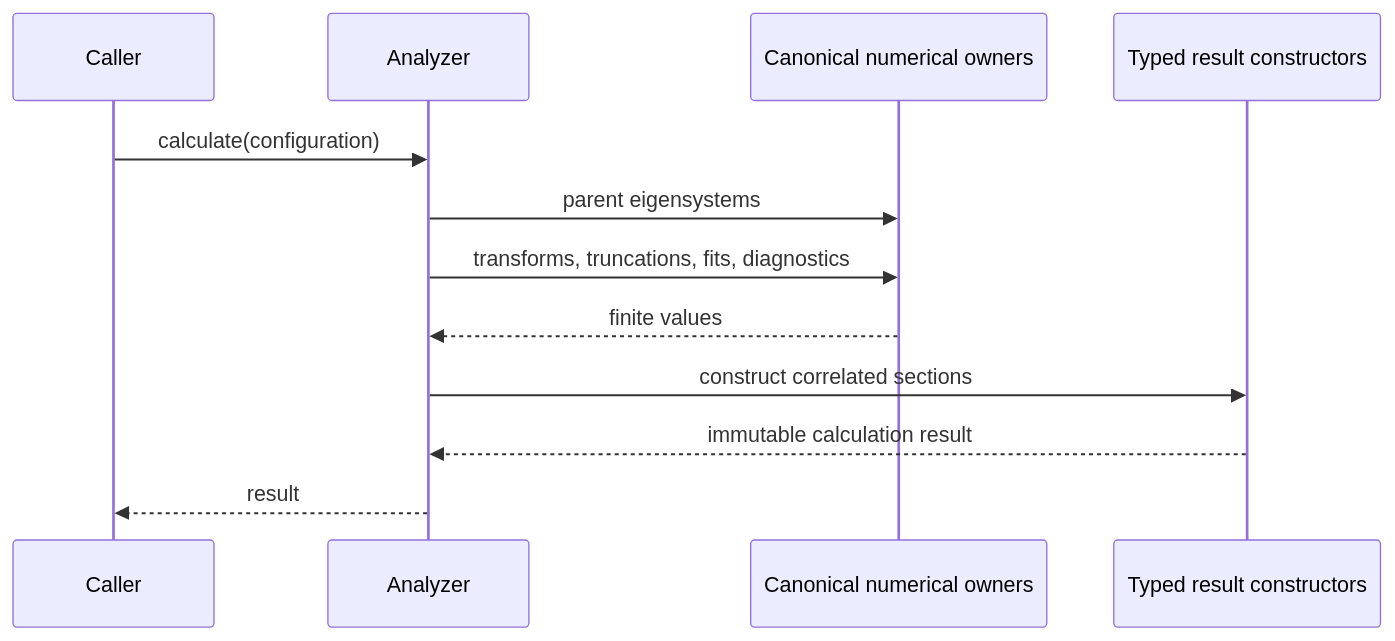
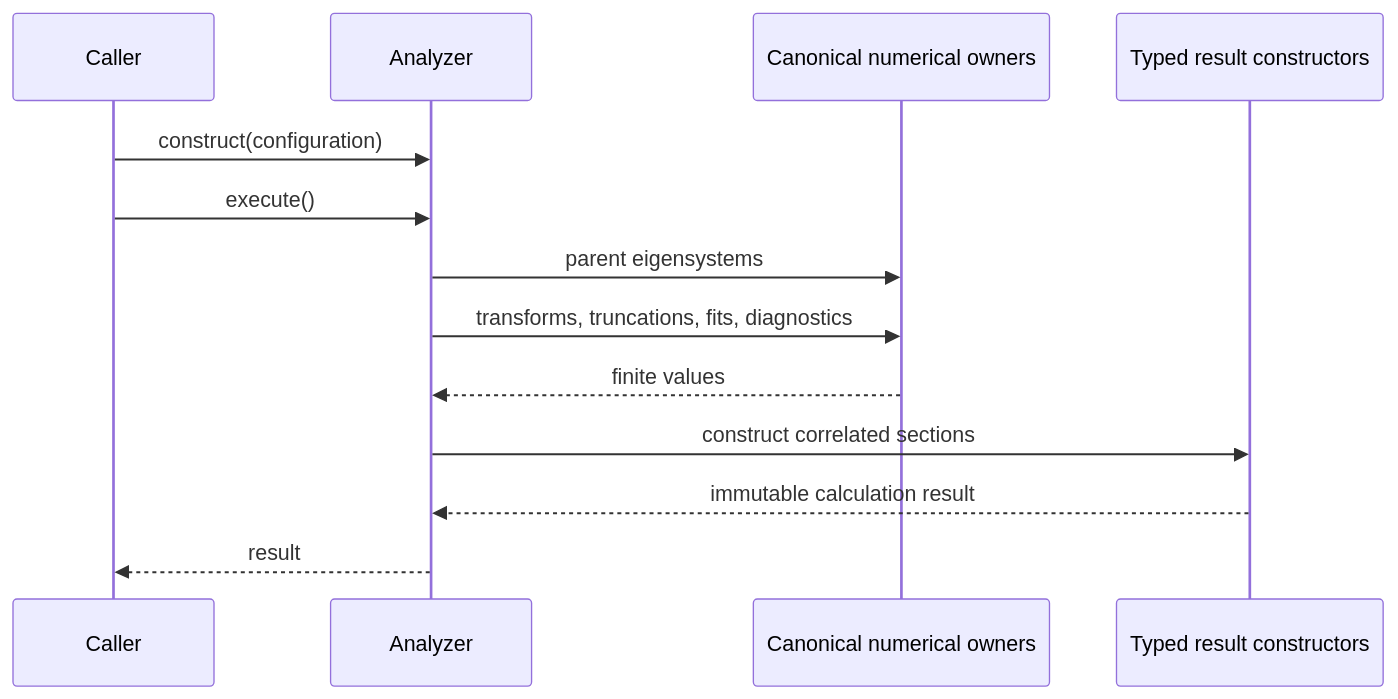
The first of 2 diagrams in docs/architecture/v3/ksdft2effmass/periodic1d/fourier_locality/analysis/Periodic1DFourierLocalityAnalyzer/schematics.md (eragasa/ksdft2effmass), drawn with Mermaid before and after one commit. The commit also changed 11 other files, not shown here.

````diff
--- a/docs/architecture/v3/ksdft2effmass/periodic1d/fourier_locality/analysis/Periodic1DFourierLocalityAnalyzer/schematics.md
+++ b/docs/architecture/v3/ksdft2effmass/periodic1d/fourier_locality/analysis/Periodic1DFourierLocalityAnalyzer/schematics.md
@@ -5,15 +5,16 @@
 ```mermaid
 sequenceDiagram
     participant Caller
     participant Analyzer
     participant Owners as Canonical numerical owners
     participant Records as Typed result constructors
 
-    Caller->>Analyzer: calculate(configuration)
+    Caller->>Analyzer: construct(configuration)
+    Caller->>Analyzer: execute()
     Analyzer->>Owners: parent eigensystems
     Analyzer->>Owners: transforms, truncations, fits, diagnostics
     Owners-->>Analyzer: finite values
     Analyzer->>Records: construct correlated sections
     Records-->>Analyzer: immutable calculation result
     Analyzer-->>Caller: result
 ```
````
